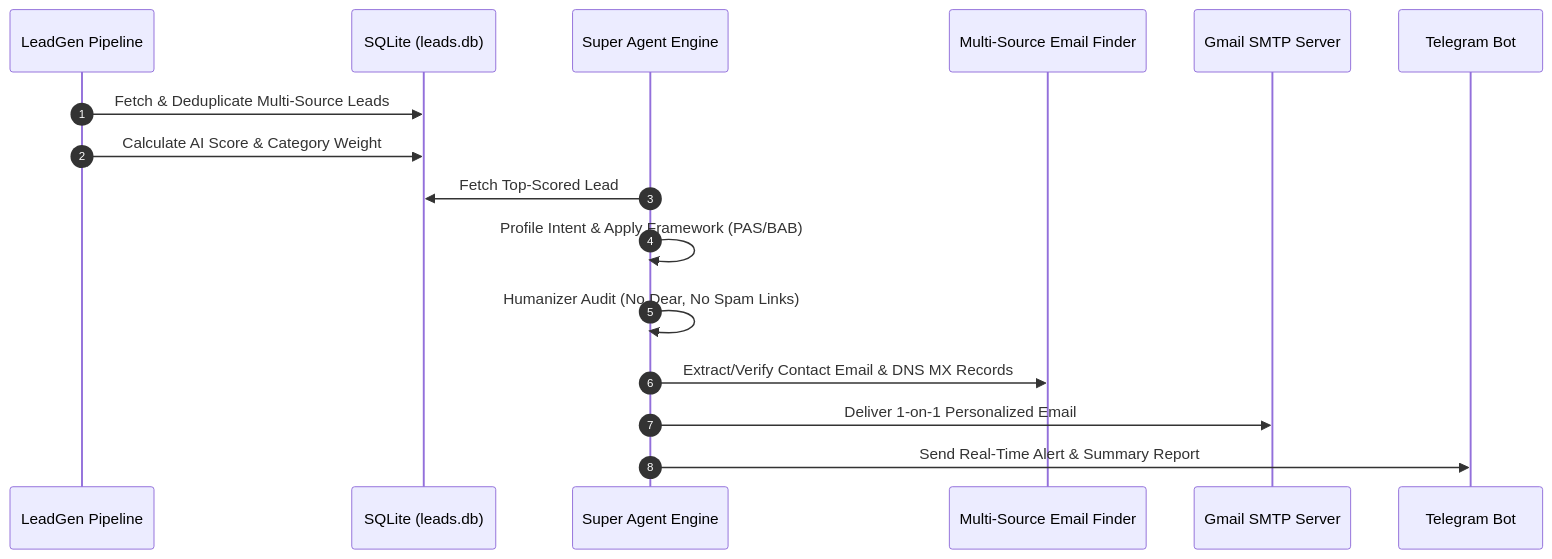
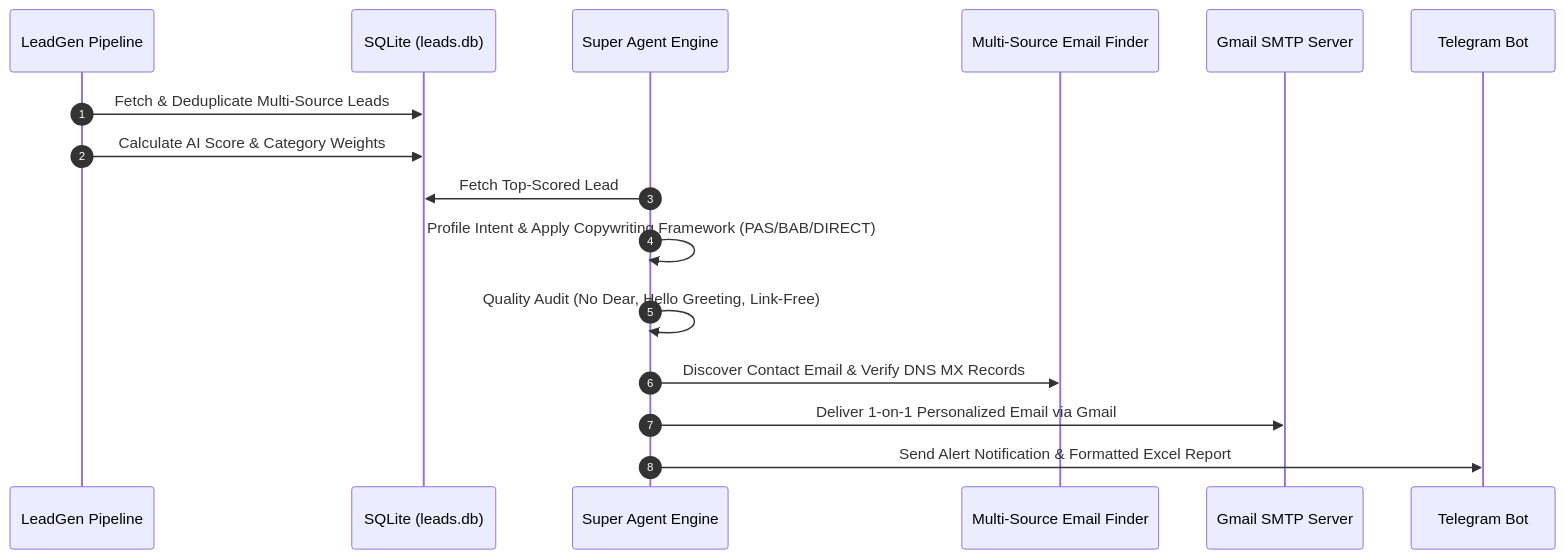
The second of 2 diagrams in README.md (Shweta-Mishra-ai/leadgen), drawn with Mermaid before and after one commit. The commit also changed other lines of this file, not shown here.

````diff
--- a/README.md
+++ b/README.md
@@ -33,19 +34,19 @@
 ```mermaid
 sequenceDiagram
     autonumber
     participant Pipeline as LeadGen Pipeline
     participant DB as SQLite (leads.db)
     participant SuperAgent as Super Agent Engine
     participant Finder as Multi-Source Email Finder
     participant SMTP as Gmail SMTP Server
     participant Telegram as Telegram Bot
 
     Pipeline->>DB: Fetch & Deduplicate Multi-Source Leads
-    Pipeline->>DB: Calculate AI Score & Category Weight
+    Pipeline->>DB: Calculate AI Score & Category Weights
     SuperAgent->>DB: Fetch Top-Scored Lead
-    SuperAgent->>SuperAgent: Profile Intent & Apply Framework (PAS/BAB)
-    SuperAgent->>SuperAgent: Humanizer Audit (No Dear, No Spam Links)
-    SuperAgent->>Finder: Extract/Verify Contact Email & DNS MX Records
-    SuperAgent->>SMTP: Deliver 1-on-1 Personalized Email
-    SuperAgent->>Telegram: Send Real-Time Alert & Summary Report
+    SuperAgent->>SuperAgent: Profile Intent & Apply Copywriting Framework (PAS/BAB/DIRECT)
+    SuperAgent->>SuperAgent: Quality Audit (No Dear, Hello Greeting, Link-Free)
+    SuperAgent->>Finder: Discover Contact Email & Verify DNS MX Records
+    SuperAgent->>SMTP: Deliver 1-on-1 Personalized Email via Gmail
+    SuperAgent->>Telegram: Send Alert Notification & Formatted Excel Report
 ```
````
